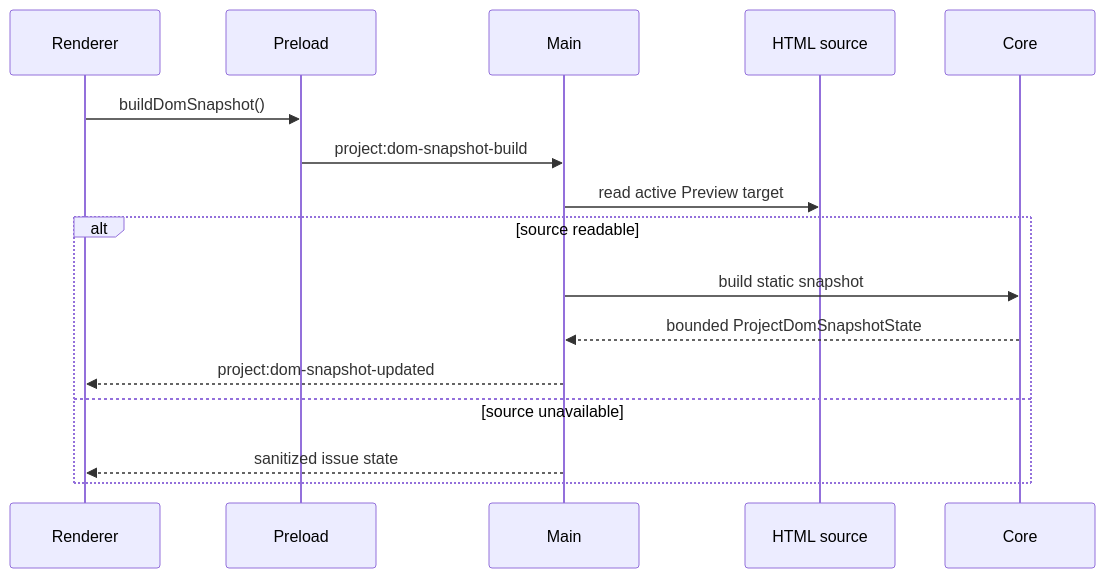
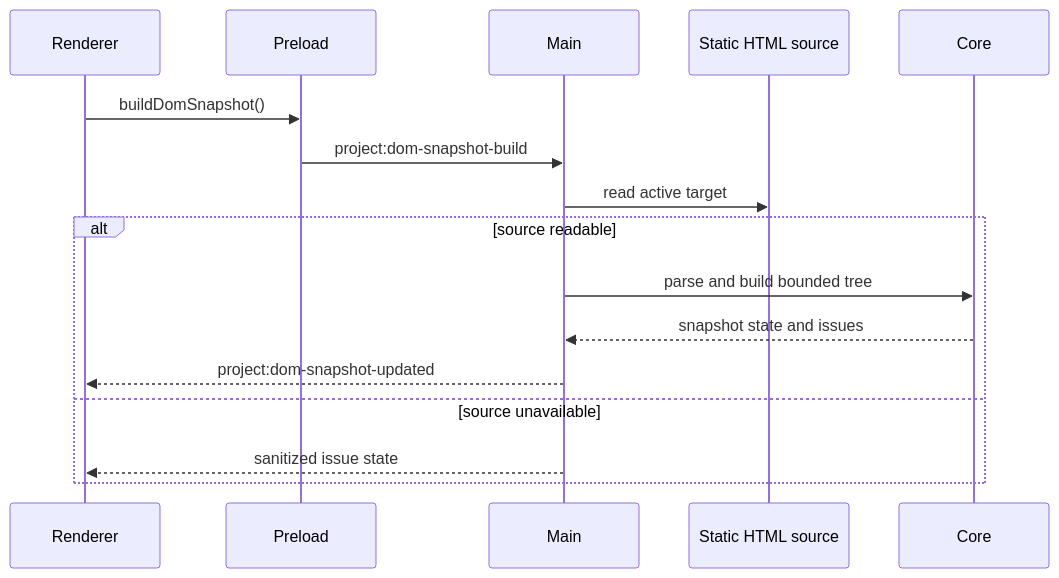
The diagram in docs/architecture/flows/dom-snapshot-flow.md (krestosa/Crystal), drawn with Mermaid before and after one commit. The commit also changed other lines of this file and 60 other files, not shown here.

````diff
--- a/docs/architecture/flows/dom-snapshot-flow.md
+++ b/docs/architecture/flows/dom-snapshot-flow.md
@@ -66,19 +13,18 @@
 ```mermaid
 sequenceDiagram
   participant Renderer
   participant Preload
   participant Main
-  participant Source as HTML source
+  participant Source as Static HTML source
   participant Core
-
   Renderer->>Preload: buildDomSnapshot()
   Preload->>Main: project:dom-snapshot-build
-  Main->>Source: read active Preview target
+  Main->>Source: read active target
   alt source readable
-    Main->>Core: build static snapshot
-    Core-->>Main: bounded ProjectDomSnapshotState
+    Main->>Core: parse and build bounded tree
+    Core-->>Main: snapshot state and issues
     Main-->>Renderer: project:dom-snapshot-updated
   else source unavailable
     Main-->>Renderer: sanitized issue state
   end
 ```
````
